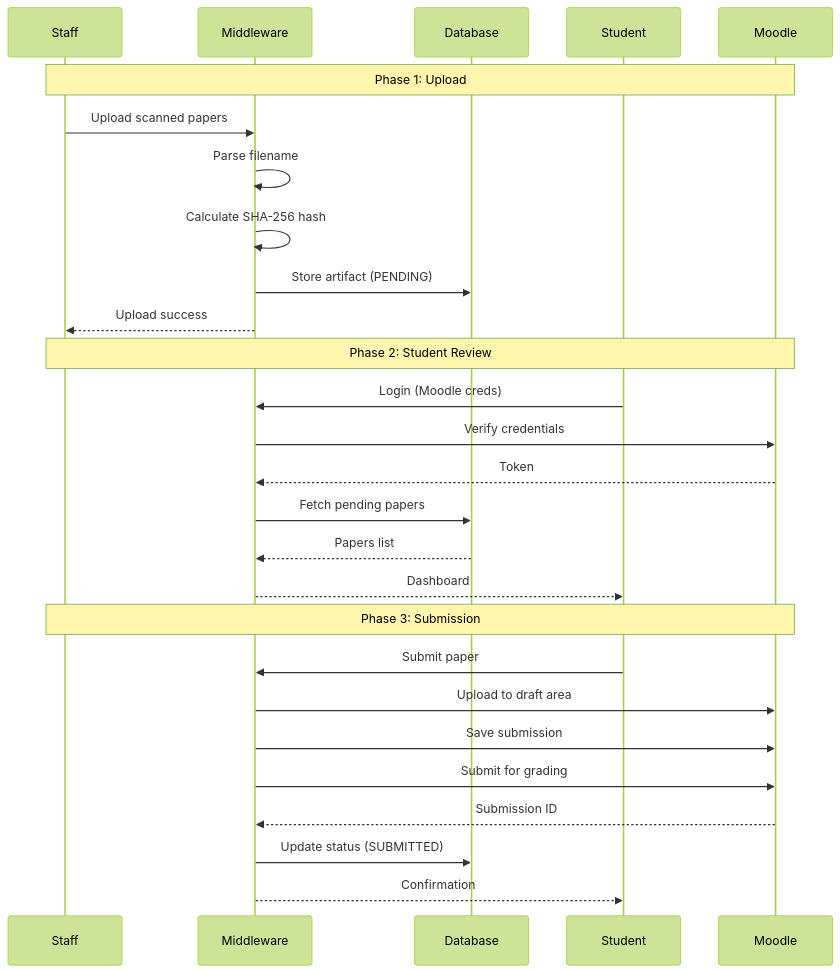
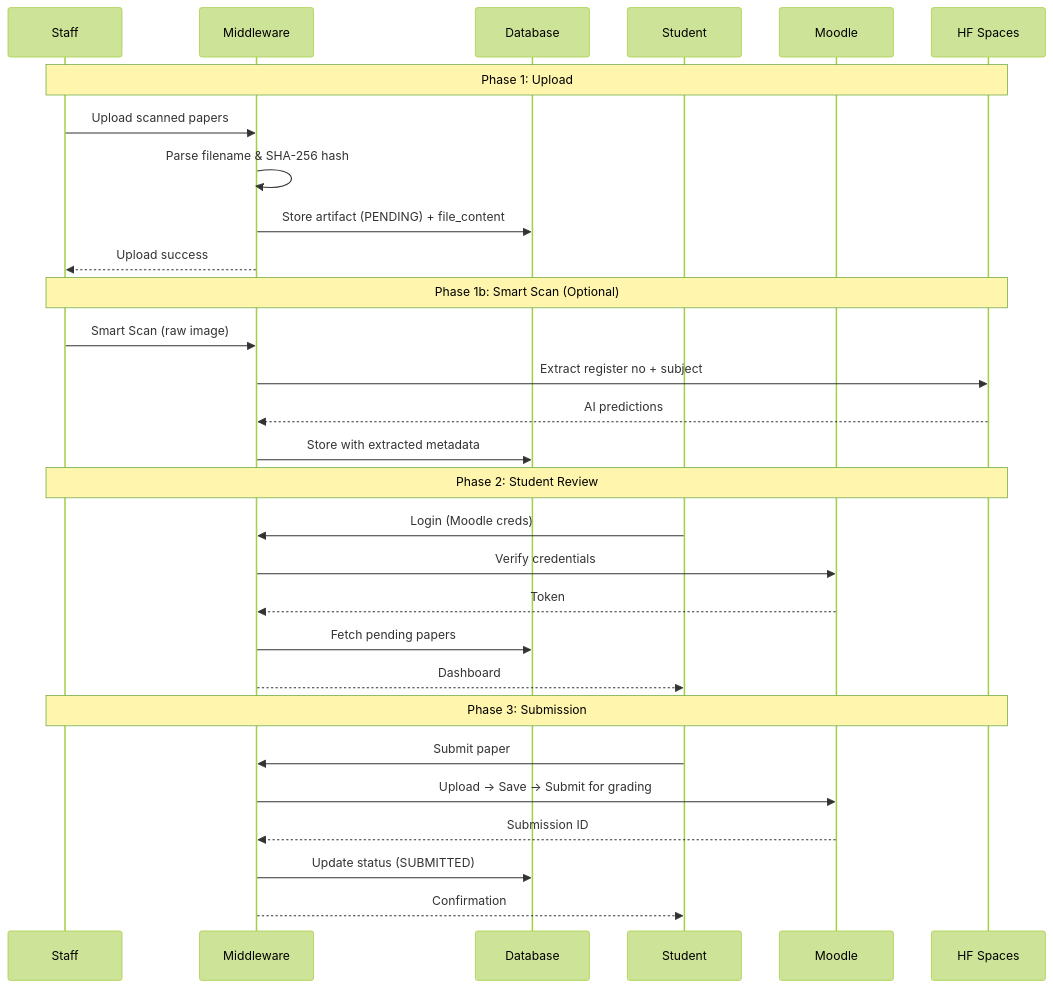
One commit to d-kavinraja/Intelligent-Examination-Submission-Framework-for-LMS changed the third of 3 diagrams in readme.md. Above: the diagram before and after it, drawn with Mermaid (forest theme). The commit also changed other lines of this file and 1 other file, not shown here.

Commit message:
fix: remove undefined get_file_processor() call in bulk upload

````diff
--- a/readme.md
+++ b/readme.md
@@ -816,32 +711,35 @@
 ```mermaid
 sequenceDiagram
     participant Staff
     participant Middleware
     participant Database
     participant Student
     participant Moodle
+    participant HFSpace as HF Spaces
 
-    Note over Staff,Moodle: Phase 1: Upload
+    Note over Staff,HFSpace: Phase 1: Upload
     Staff->>Middleware: Upload scanned papers
-    Middleware->>Middleware: Parse filename
-    Middleware->>Middleware: Calculate SHA-256 hash
-    Middleware->>Database: Store artifact (PENDING)
+    Middleware->>Middleware: Parse filename & SHA-256 hash
+    Middleware->>Database: Store artifact (PENDING) + file_content
     Middleware-->>Staff: Upload success
 
-    Note over Staff,Moodle: Phase 2: Student Review
+    Note over Staff,HFSpace: Phase 1b: Smart Scan (Optional)
+    Staff->>Middleware: Smart Scan (raw image)
+    Middleware->>HFSpace: Extract register no + subject
+    HFSpace-->>Middleware: AI predictions
+    Middleware->>Database: Store with extracted metadata
+
+    Note over Staff,HFSpace: Phase 2: Student Review
     Student->>Middleware: Login (Moodle creds)
     Middleware->>Moodle: Verify credentials
     Moodle-->>Middleware: Token
     Middleware->>Database: Fetch pending papers
-    Database-->>Middleware: Papers list
     Middleware-->>Student: Dashboard
 
-    Note over Staff,Moodle: Phase 3: Submission
+    Note over Staff,HFSpace: Phase 3: Submission
     Student->>Middleware: Submit paper
-    Middleware->>Moodle: Upload to draft area
-    Middleware->>Moodle: Save submission
-    Middleware->>Moodle: Submit for grading
+    Middleware->>Moodle: Upload → Save → Submit for grading
     Moodle-->>Middleware: Submission ID
     Middleware->>Database: Update status (SUBMITTED)
     Middleware-->>Student: Confirmation
 ```
````
